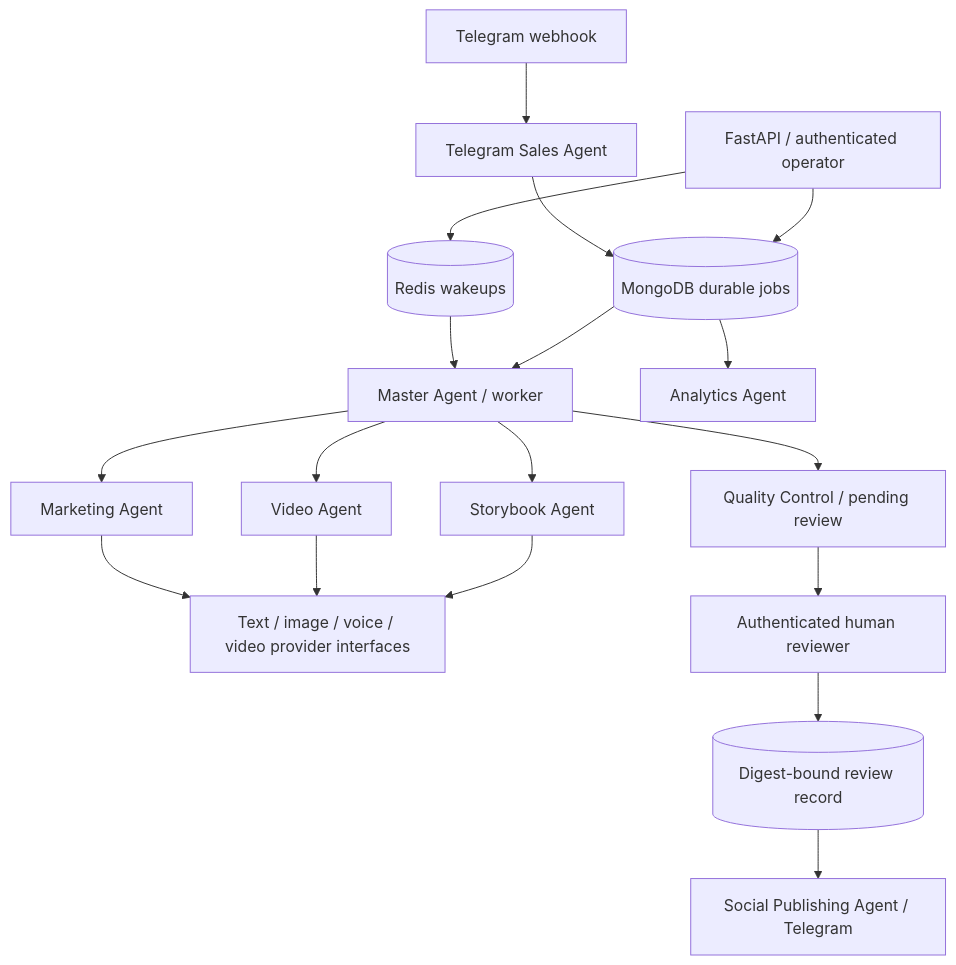
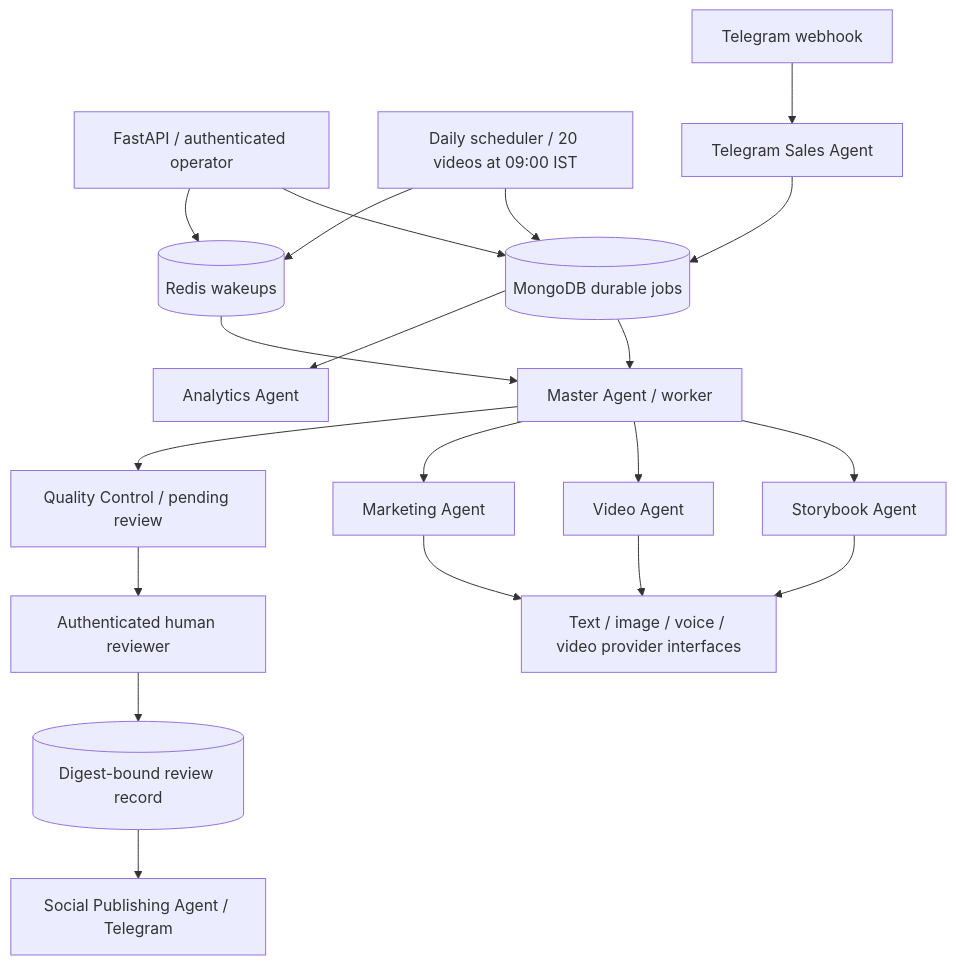
Before and after one commit to snsmax/ai-kids-media-agent: the diagram in docs/architecture.md, drawn with Mermaid. The commit also changed other lines of this file and 12 other files, not shown here.

````diff
--- a/docs/architecture.md
+++ b/docs/architecture.md
@@ -3,20 +3,22 @@
 ```mermaid
 flowchart TD
     API[FastAPI / authenticated operator] --> DB[(MongoDB durable jobs)]
     API --> Redis[(Redis wakeups)]
+    Scheduler[Daily scheduler / 20 videos at 09:00 IST] --> DB
+    Scheduler --> Redis
     DB --> Master[Master Agent / worker]
     Redis --> Master
     Master --> Story[Storybook Agent]
     Master --> Video[Video Agent]
     Master --> Marketing[Marketing Agent]
     Story --> Providers[Text / image / voice / video provider interfaces]
     Video --> Providers
     Marketing --> Providers
     Master --> QC[Quality Control / pending review]
     QC --> Human[Authenticated human reviewer]
     Human --> Review[(Digest-bound review record)]
     Review --> Publish[Social Publishing Agent / Telegram]
     Telegram[Telegram webhook] --> Sales[Telegram Sales Agent]
     Sales --> DB
     DB --> Analytics[Analytics Agent]
 ```
````
